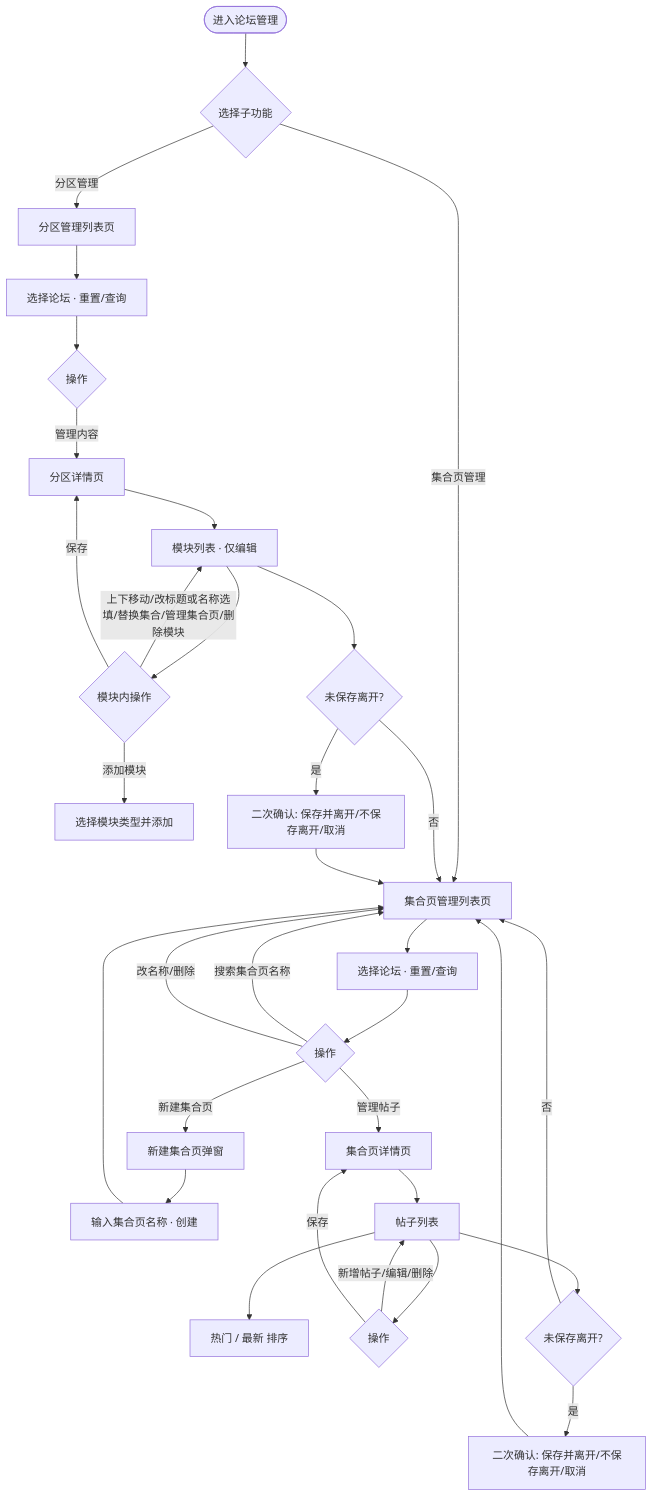
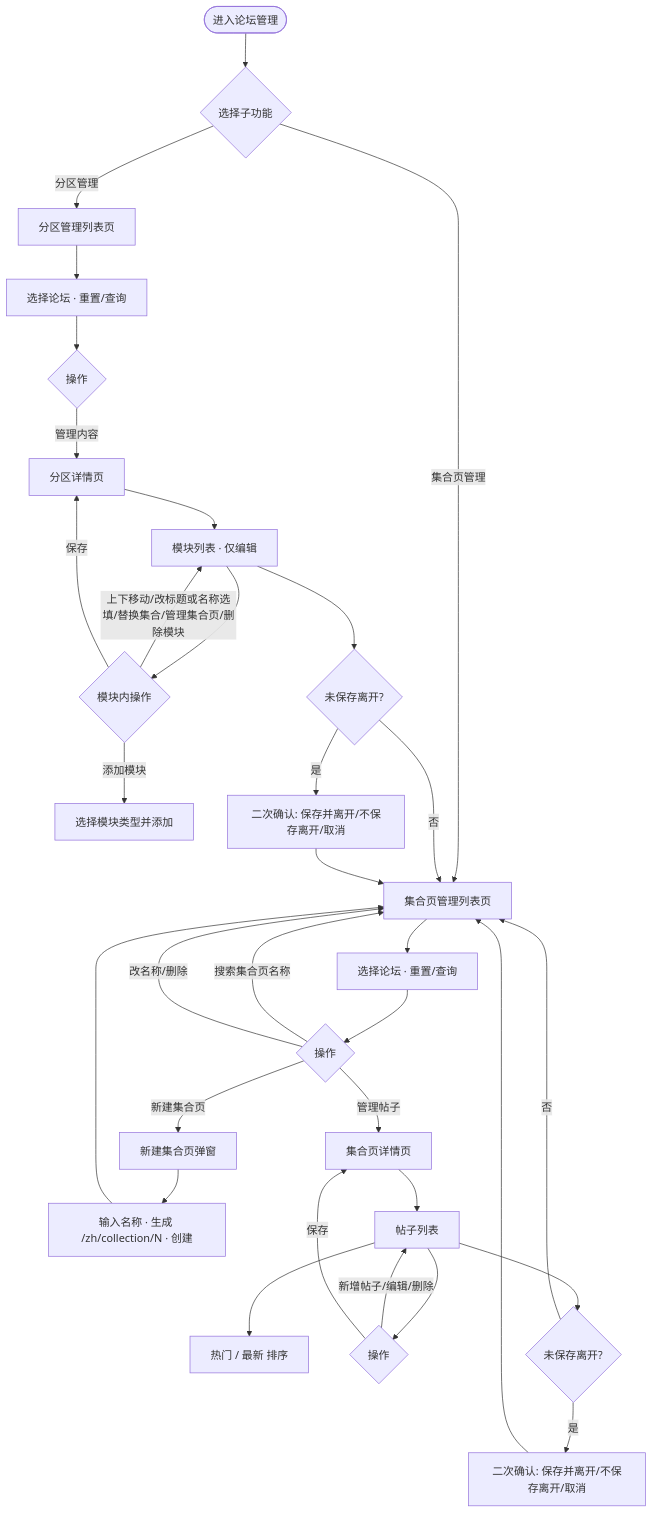
Before and after one commit to Chantinoo/joytap-admin: the diagram in docs/PRD-分区管理与集合页管理.md, drawn with Mermaid. The commit also changed other lines of this file and 1 other file, not shown here.

First line of the commit message:
docs: sync PRD for collection links, edit modal, deploy notes

````diff
--- a/docs/PRD-分区管理与集合页管理.md
+++ b/docs/PRD-分区管理与集合页管理.md
@@ -21,39 +21,39 @@
 ```mermaid
 flowchart TD
     Start([进入论坛管理]) --> Branch{选择子功能}
     Branch -->|分区管理| TabList[分区管理列表页]
     Branch -->|集合页管理| ColList[集合页管理列表页]
 
     TabList --> TabFilter[选择论坛 · 重置/查询]
     TabFilter --> TabActions{操作}
     TabActions -->|管理内容| TabDetail[分区详情页]
     TabDetail --> ModuleList[模块列表 · 仅编辑]
     ModuleList --> ModuleActions{模块内操作}
     ModuleActions -->|添加模块| AddModModal[选择模块类型并添加]
     ModuleActions -->|上下移动/改标题或名称选填/替换集合/管理集合页/删除模块| ModuleList
     ModuleActions -->|保存| TabDetail
     ModuleList --> Leave1{未保存离开?}
     Leave1 -->|是| Confirm1[二次确认: 保存并离开/不保存离开/取消]
     Leave1 -->|否| ColList
     Confirm1 --> ColList
 
     ColList --> ColFilter[选择论坛 · 重置/查询]
     ColFilter --> ColActions{操作}
     ColActions -->|搜索集合页名称| ColList
     ColActions -->|新建集合页| ColModal[新建集合页弹窗]
     ColActions -->|管理帖子| ColDetail[集合页详情页]
     ColActions -->|改名称/删除| ColList
 
-    ColModal --> ColSubmit[输入集合页名称 · 创建]
+    ColModal --> ColSubmit[输入名称 · 生成 /zh/collection/N · 创建]
     ColSubmit --> ColList
 
     ColDetail --> PostList[帖子列表]
     PostList --> Sort[热门 / 最新 排序]
     PostList --> PostActions{操作}
     PostActions -->|新增帖子/编辑/删除| PostList
     PostActions -->|保存| ColDetail
     PostList --> Leave2{未保存离开?}
     Leave2 -->|是| Confirm2[二次确认: 保存并离开/不保存离开/取消]
     Leave2 -->|否| ColList
     Confirm2 --> ColList
 ```
````
